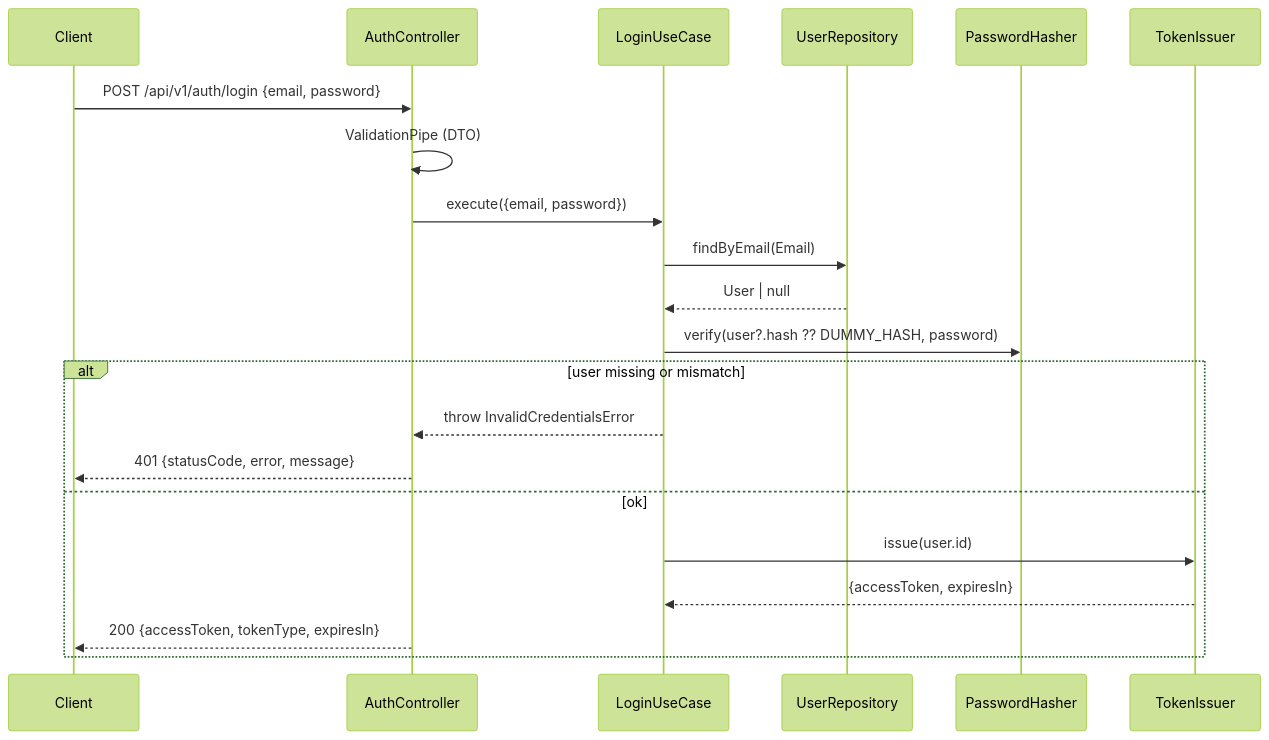
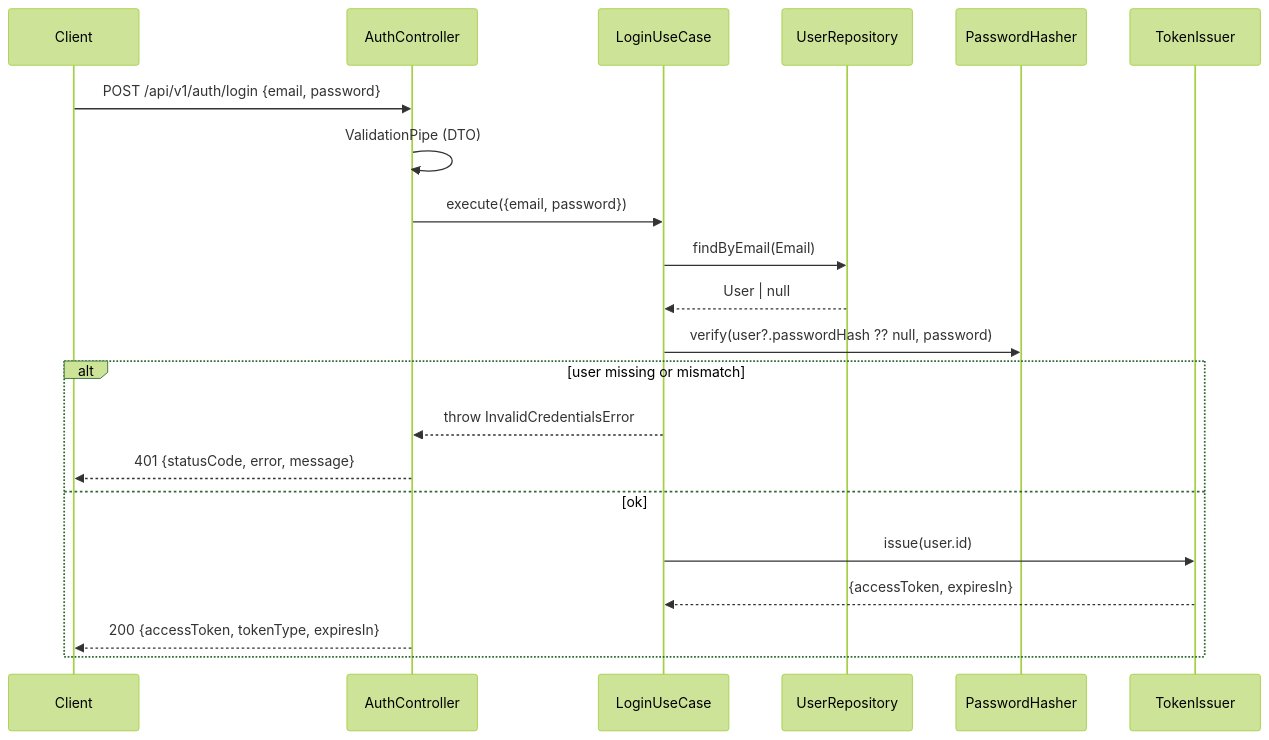
Before and after one commit to redbiiddsun/opsta-assignment: the diagram in docs/2-users-auth.md, drawn with Mermaid (forest theme). The commit also changed other lines of this file, not shown here.

````diff
--- a/docs/2-users-auth.md
+++ b/docs/2-users-auth.md
@@ -114,24 +129,24 @@
 ```mermaid
 sequenceDiagram
   participant C as Client
   participant Ctl as AuthController
   participant UC as LoginUseCase
   participant R as UserRepository
   participant H as PasswordHasher
   participant T as TokenIssuer
 
   C->>Ctl: POST /api/v1/auth/login {email, password}
   Ctl->>Ctl: ValidationPipe (DTO)
   Ctl->>UC: execute({email, password})
   UC->>R: findByEmail(Email)
   R-->>UC: User | null
-  UC->>H: verify(user?.hash ?? DUMMY_HASH, password)
+  UC->>H: verify(user?.passwordHash ?? null, password)
   alt user missing or mismatch
     UC-->>Ctl: throw InvalidCredentialsError
     Ctl-->>C: 401 {statusCode, error, message}
   else ok
     UC->>T: issue(user.id)
     T-->>UC: {accessToken, expiresIn}
     Ctl-->>C: 200 {accessToken, tokenType, expiresIn}
   end
 ```
````
